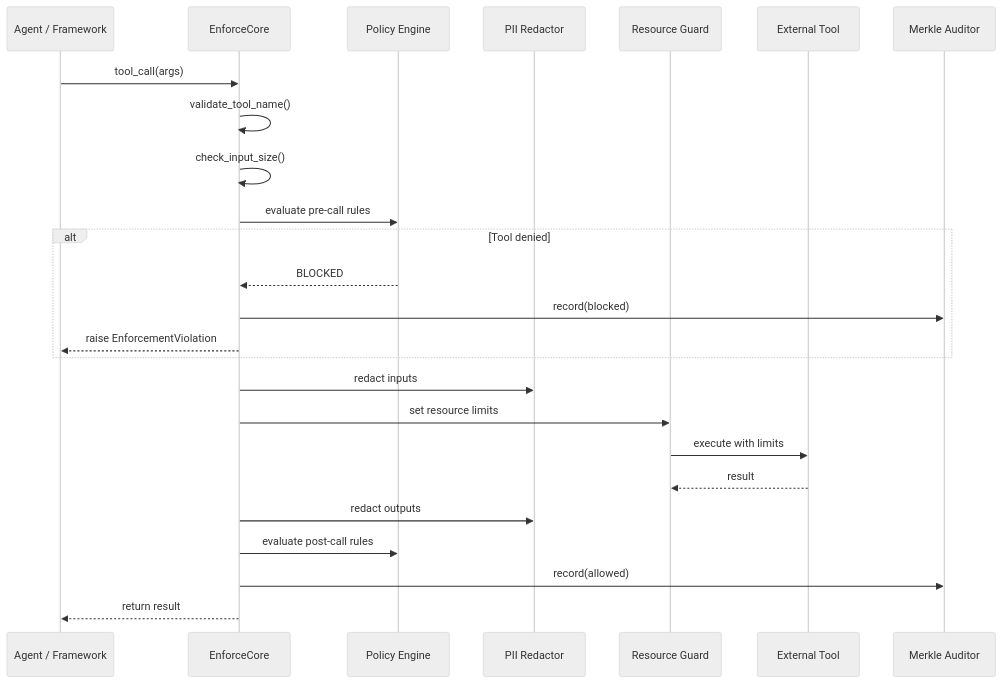
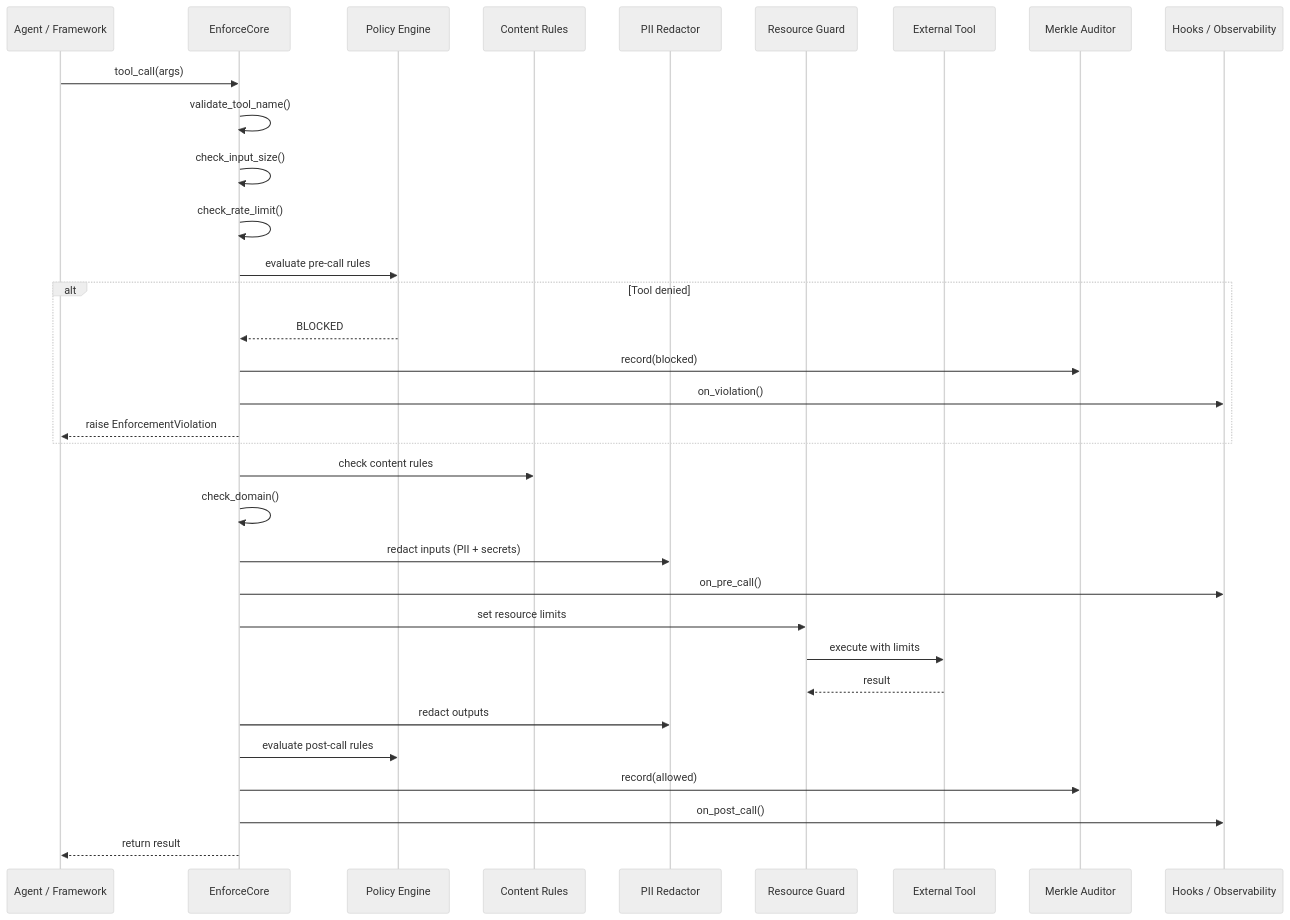
One commit to akios-ai/website changed the diagram in site/enforcecore/architecture.mdx. Above: the diagram before and after it, drawn with Mermaid (neutral theme). The commit also changed other lines of this file and 7 other files, not shown here.

````diff
--- a/site/enforcecore/architecture.mdx
+++ b/site/enforcecore/architecture.mdx
@@ -18,28 +18,36 @@
 ```mermaid
 sequenceDiagram
     participant Agent as Agent / Framework
     participant EC as EnforceCore
     participant Policy as Policy Engine
+    participant Rules as Content Rules
     participant Redactor as PII Redactor
     participant Guard as Resource Guard
     participant Tool as External Tool
     participant Auditor as Merkle Auditor
+    participant Hooks as Hooks / Observability
 
     Agent->>EC: tool_call(args)
     EC->>EC: validate_tool_name()
     EC->>EC: check_input_size()
+    EC->>EC: check_rate_limit()
     EC->>Policy: evaluate pre-call rules
     alt Tool denied
         Policy-->>EC: BLOCKED
         EC->>Auditor: record(blocked)
+        EC->>Hooks: on_violation()
         EC-->>Agent: raise EnforcementViolation
     end
-    EC->>Redactor: redact inputs
+    EC->>Rules: check content rules
+    EC->>EC: check_domain()
+    EC->>Redactor: redact inputs (PII + secrets)
+    EC->>Hooks: on_pre_call()
     EC->>Guard: set resource limits
     Guard->>Tool: execute with limits
     Tool-->>Guard: result
     EC->>Redactor: redact outputs
     EC->>Policy: evaluate post-call rules
     EC->>Auditor: record(allowed)
+    EC->>Hooks: on_post_call()
     EC-->>Agent: return result
 ```
````
